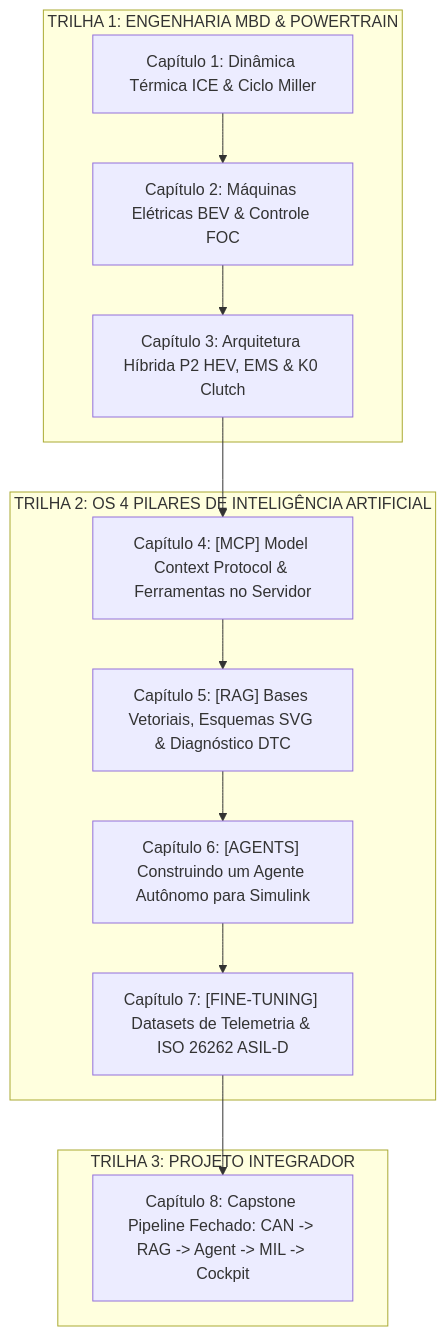
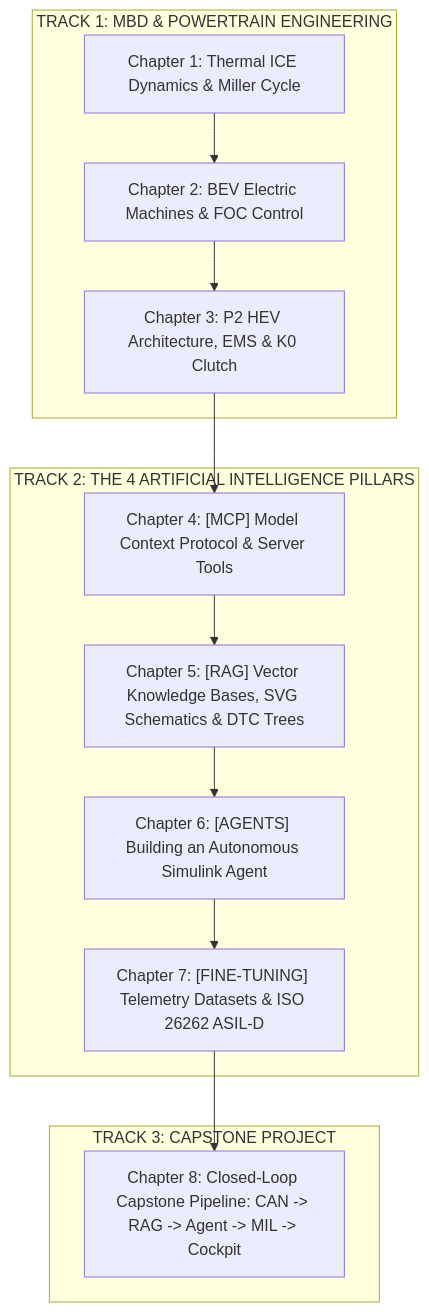
The diagram in CURSO_PLANNER.md (marleyrosa/MarleyOS), drawn with Mermaid before and after one commit. The commit also changed other lines of this file and 7 other files, not shown here.

Commit message:
feat(i18n): update complete NexusMBD platform, handbooks, and cockpit to English

````diff
--- a/CURSO_PLANNER.md
+++ b/CURSO_PLANNER.md
@@ -24,24 +25,24 @@
 ```mermaid
 graph TD
-    subgraph TRILHA_1 [TRILHA 1: ENGENHARIA MBD & POWERTRAIN]
-        M1[Capítulo 1: Dinâmica Térmica ICE & Ciclo Miller]
-        M2[Capítulo 2: Máquinas Elétricas BEV & Controle FOC]
-        M3[Capítulo 3: Arquitetura Híbrida P2 HEV, EMS & K0 Clutch]
+    subgraph TRACK_1 [TRACK 1: MBD & POWERTRAIN ENGINEERING]
+        M1[Chapter 1: Thermal ICE Dynamics & Miller Cycle]
+        M2[Chapter 2: BEV Electric Machines & FOC Control]
+        M3[Chapter 3: P2 HEV Architecture, EMS & K0 Clutch]
     end
 
-    subgraph TRILHA_2 [TRILHA 2: OS 4 PILARES DE INTELIGÊNCIA ARTIFICIAL]
-        M4["Capítulo 4: [MCP] Model Context Protocol & Ferramentas no Servidor"]
-        M5["Capítulo 5: [RAG] Bases Vetoriais, Esquemas SVG & Diagnóstico DTC"]
-        M6["Capítulo 6: [AGENTS] Construindo um Agente Autônomo para Simulink"]
-        M7["Capítulo 7: [FINE-TUNING] Datasets de Telemetria & ISO 26262 ASIL-D"]
+    subgraph TRACK_2 [TRACK 2: THE 4 ARTIFICIAL INTELLIGENCE PILLARS]
+        M4["Chapter 4: [MCP] Model Context Protocol & Server Tools"]
+        M5["Chapter 5: [RAG] Vector Knowledge Bases, SVG Schematics & DTC Trees"]
+        M6["Chapter 6: [AGENTS] Building an Autonomous Simulink Agent"]
+        M7["Chapter 7: [FINE-TUNING] Telemetry Datasets & ISO 26262 ASIL-D"]
     end
 
-    subgraph TRILHA_3 [TRILHA 3: PROJETO INTEGRADOR]
-        M8[Capítulo 8: Capstone Pipeline Fechado: CAN -> RAG -> Agent -> MIL -> Cockpit]
+    subgraph TRACK_3 [TRACK 3: CAPSTONE PROJECT]
+        M8[Chapter 8: Closed-Loop Capstone Pipeline: CAN -> RAG -> Agent -> MIL -> Cockpit]
     end
 
     M1 --> M2 --> M3
     M3 --> M4
     M4 --> M5 --> M6 --> M7
     M7 --> M8
 ```
````
